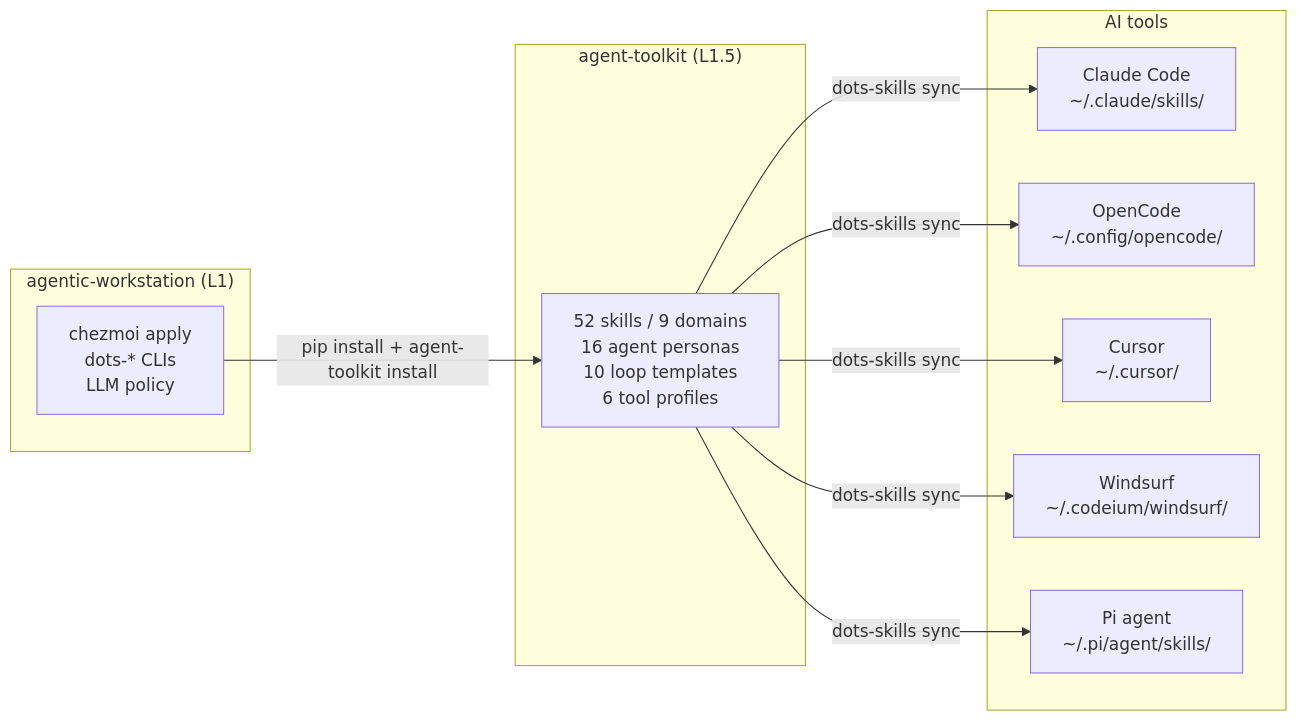
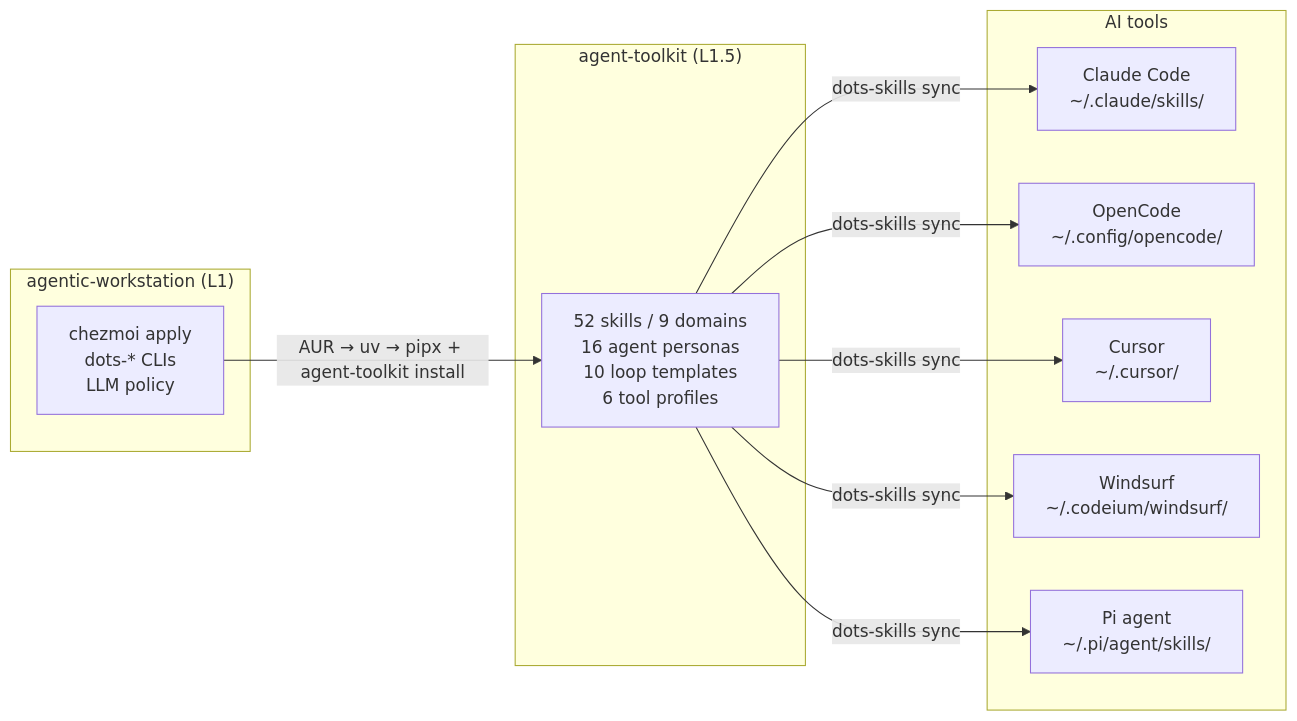
Before and after one commit to ulises-jeremias/agentic-workstation: the diagram in docs/AGENT_TOOLKIT.md, drawn with Mermaid. The commit also changed other lines of this file and 3 other files, not shown here.

First line of the commit message:
docs: add three-layer architecture SVG and sync toolkit docs (#190)

````diff
--- a/docs/AGENT_TOOLKIT.md
+++ b/docs/AGENT_TOOLKIT.md
@@ -16,25 +16,25 @@
 ```mermaid
 graph LR
     subgraph "agentic-workstation (L1)"
         AW["chezmoi apply<br/>dots-* CLIs<br/>LLM policy"]
     end
 
     subgraph "agent-toolkit (L1.5)"
         AT["52 skills / 9 domains<br/>16 agent personas<br/>10 loop templates<br/>6 tool profiles"]
     end
 
     subgraph "AI tools"
         CC["Claude Code<br/>~/.claude/skills/"]
         OC["OpenCode<br/>~/.config/opencode/"]
         CU["Cursor<br/>~/.cursor/"]
         WS["Windsurf<br/>~/.codeium/windsurf/"]
         PI["Pi agent<br/>~/.pi/agent/skills/"]
     end
 
-    AW -->|pip install + agent-toolkit install| AT
+    AW -->|AUR → uv → pipx + agent-toolkit install| AT
     AT -->|dots-skills sync| CC
     AT -->|dots-skills sync| OC
     AT -->|dots-skills sync| CU
     AT -->|dots-skills sync| WS
     AT -->|dots-skills sync| PI
 ```
````
